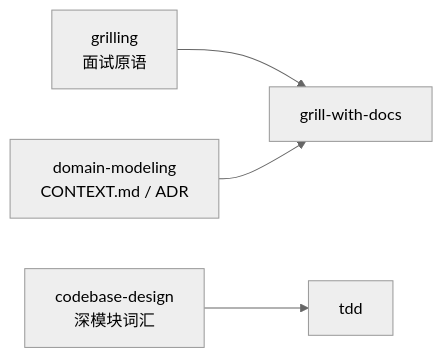
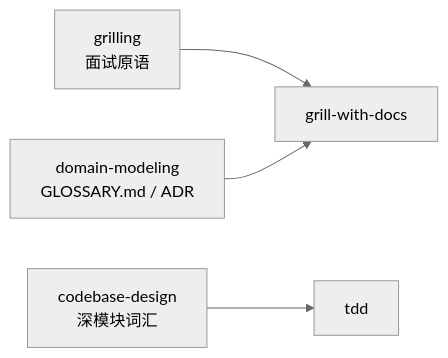
The second of 4 diagrams in zh-CN/DEPENDENCIES.md (muscaestar/matt-skills-tracking), drawn with Mermaid (neutral theme) before and after one commit. The commit also changed other lines of this file and 39 other files, not shown here.

````diff
--- a/zh-CN/DEPENDENCIES.md
+++ b/zh-CN/DEPENDENCIES.md
@@ -35,6 +38,6 @@
 ```mermaid
 graph LR
     GRILLING["grilling<br/>面试原语"] --> GWD["grill-with-docs"]
-    DM["domain-modeling<br/>CONTEXT.md / ADR"] --> GWD
+    DM["domain-modeling<br/>GLOSSARY.md / ADR"] --> GWD
     CBD["codebase-design<br/>深模块词汇"] --> TDD["tdd"]
 ```
````
